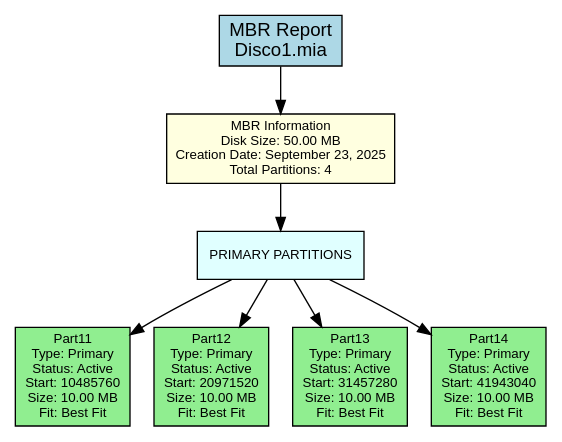
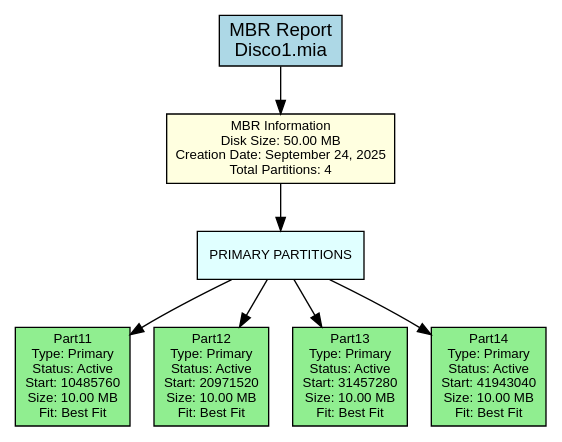
Before and after one commit to DiegVas/MIA_2S2025_P2_202300638: the diagram in backend/provider/reports/src/mbr_381A.dot, drawn with Graphviz. The commit also changed 17 other files, not shown here.

```diff
--- a/backend/provider/reports/src/mbr_381A.dot
+++ b/backend/provider/reports/src/mbr_381A.dot
@@ -1,24 +1,24 @@
 digraph MBR_Report {
     rankdir=TB;
     node [shape=box, style=filled];
     graph [fontname="Arial", fontsize=12];
     node [fontname="Arial", fontsize=10];
     edge [fontname="Arial"];
 
     title [label="MBR Report\nDisco1.mia", fillcolor=lightblue, fontsize=14];
 
-    mbr_info [label="MBR Information\nDisk Size: 50.00 MB\nCreation Date: September 23, 2025\nTotal Partitions: 4", fillcolor=lightyellow];
+    mbr_info [label="MBR Information\nDisk Size: 50.00 MB\nCreation Date: September 24, 2025\nTotal Partitions: 4", fillcolor=lightyellow];
 
     primary_section [label="PRIMARY PARTITIONS", shape=box, style=filled, fillcolor=lightcyan];
     primary_0 [label="Part11\nType: Primary\nStatus: Active\nStart: 10485760\nSize: 10.00 MB\nFit: Best Fit", fillcolor=lightgreen];
     primary_section -> primary_0;
     primary_1 [label="Part12\nType: Primary\nStatus: Active\nStart: 20971520\nSize: 10.00 MB\nFit: Best Fit", fillcolor=lightgreen];
     primary_section -> primary_1;
     primary_2 [label="Part13\nType: Primary\nStatus: Active\nStart: 31457280\nSize: 10.00 MB\nFit: Best Fit", fillcolor=lightgreen];
     primary_section -> primary_2;
     primary_3 [label="Part14\nType: Primary\nStatus: Active\nStart: 41943040\nSize: 10.00 MB\nFit: Best Fit", fillcolor=lightgreen];
     primary_section -> primary_3;
 
     title -> mbr_info;
     mbr_info -> primary_section;
 }
```
